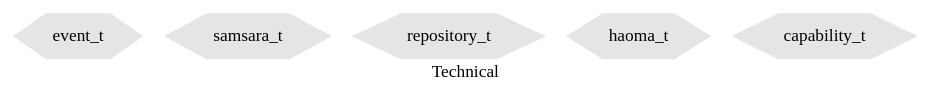
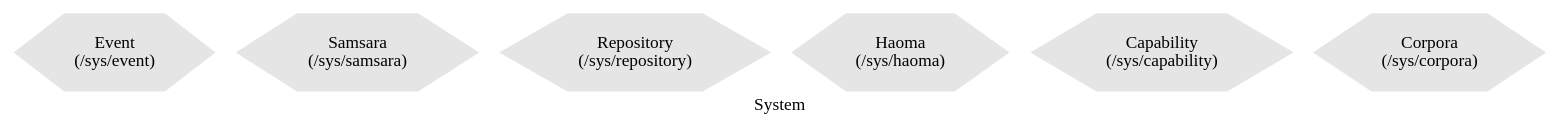
The diagram in src/diagram/mythos_sys.dot (cilang/mythos), drawn with Graphviz before and after one commit. The commit also changed 4 other files, not shown here.

```diff
--- a/src/diagram/mythos_sys.dot
+++ b/src/diagram/mythos_sys.dot
@@ -1,13 +1,14 @@
 digraph G {
-    label = "Technical";
+    label = "System";
     style = filled;
     color = red;
     comment = "";
     node [shape = polygon; sides = 6; style = filled; color = grey90;];
     
-    event_t;
-    samsara_t;
-    repository_t;
-    haoma_t;
-    capability_t;
+    spark_1_t [label = "Event\n(/sys/event)";];
+    spark_2_t [label = "Samsara\n(/sys/samsara)";];
+    spark_4_t [label = "Repository\n(/sys/repository)";];
+    spark_5_t [label = "Haoma\n(/sys/haoma)";];
+    spark_7_t [label = "Capability\n(/sys/capability)";];
+    spark_8_t [label = "Corpora\n(/sys/corpora)";];
 }
```
